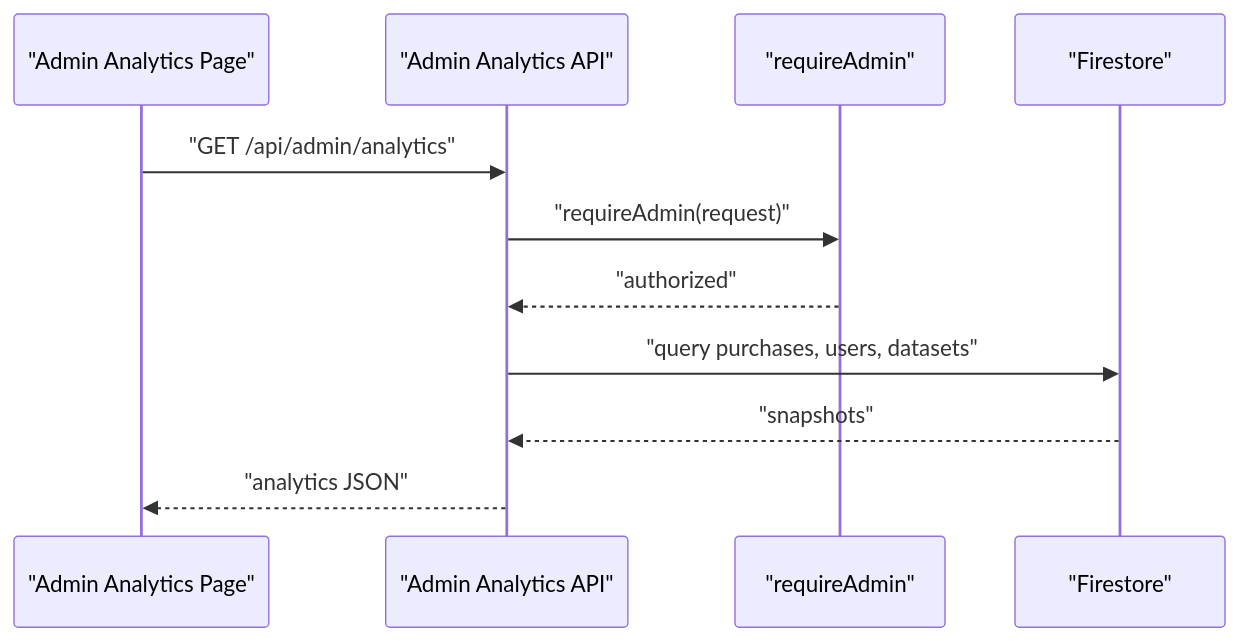
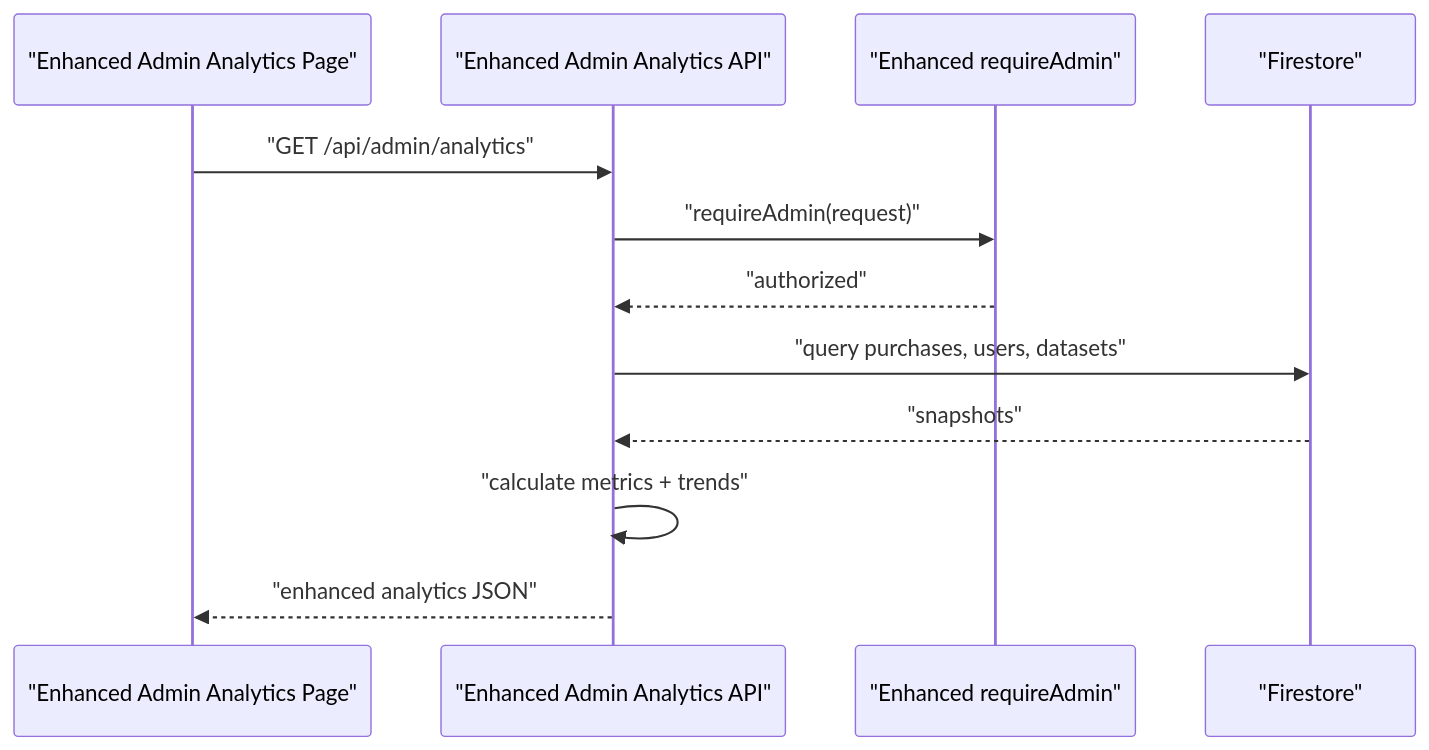
The sixth of 6 diagrams in .qoder/repowiki/en/content/Admin Panel/User Administration System.md (alikizang/datafrica), drawn with Mermaid before and after one commit. The commit also changed other lines of this file and 21 other files, not shown here.

````diff
--- a/.qoder/repowiki/en/content/Admin Panel/User Administration System.md
+++ b/.qoder/repowiki/en/content/Admin Panel/User Administration System.md
@@ -268,13 +351,14 @@
 ```mermaid
 sequenceDiagram
-participant Admin as "Admin Analytics Page"
-participant API as "Admin Analytics API"
-participant MW as "requireAdmin"
+participant Admin as "Enhanced Admin Analytics Page"
+participant API as "Enhanced Admin Analytics API"
+participant MW as "Enhanced requireAdmin"
 participant FS as "Firestore"
 Admin->>API : "GET /api/admin/analytics"
 API->>MW : "requireAdmin(request)"
 MW-->>API : "authorized"
 API->>FS : "query purchases, users, datasets"
 FS-->>API : "snapshots"
-API-->>Admin : "analytics JSON"
+API->>API : "calculate metrics + trends"
+API-->>Admin : "enhanced analytics JSON"
 ```
````
